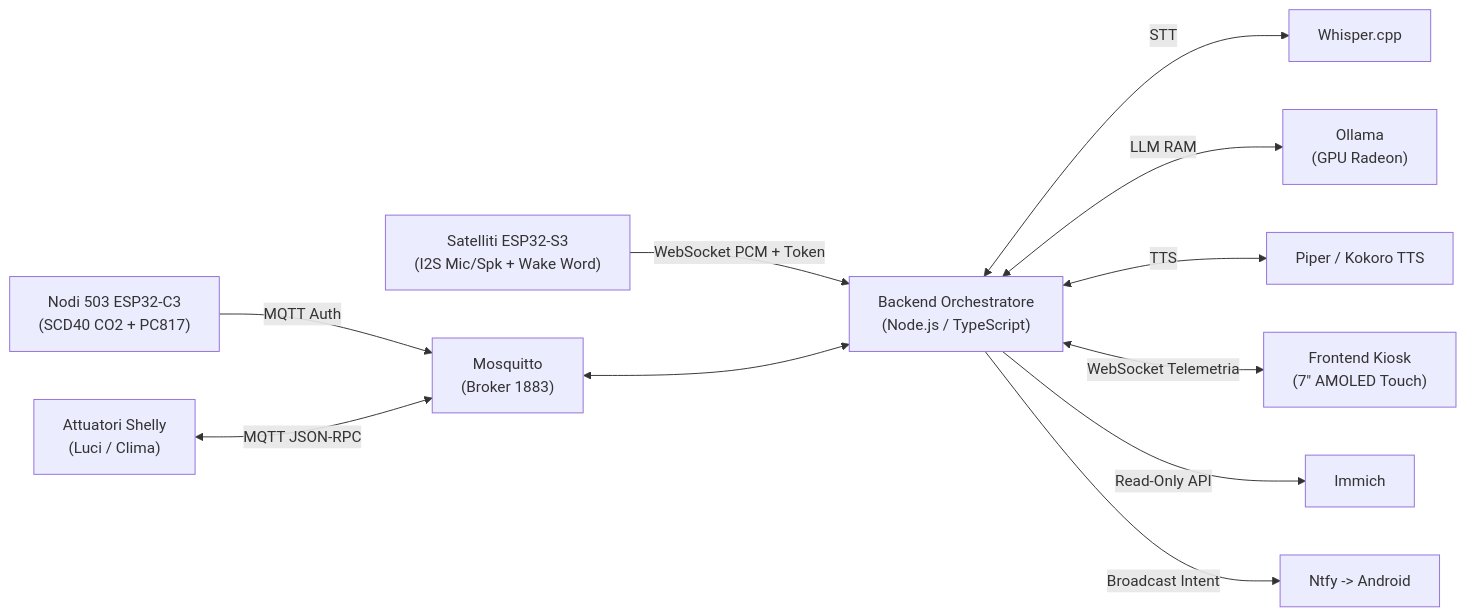
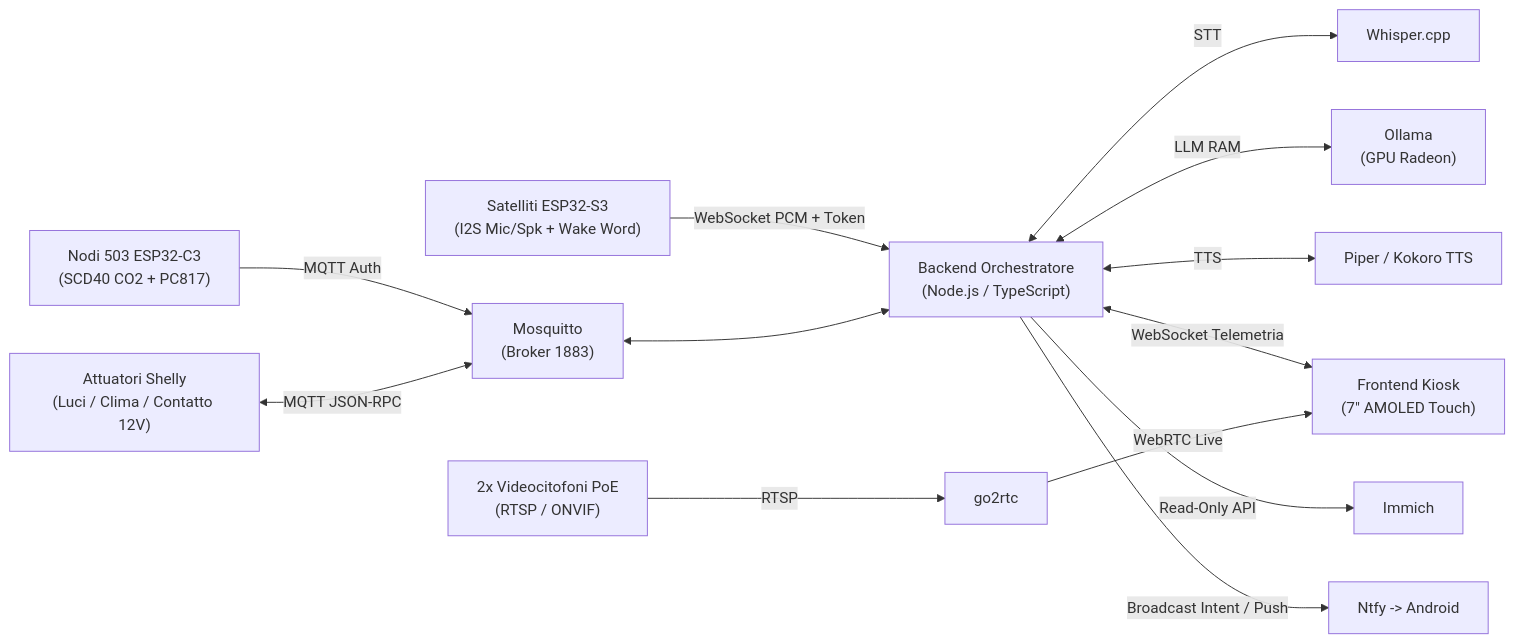
One commit to LuigiCervellera/vexis-smart-home changed the diagram in README.md. Above: the diagram before and after it, drawn with Mermaid. The commit also changed other lines of this file, not shown here.

````diff
--- a/README.md
+++ b/README.md
@@ -20,13 +69,15 @@
 ```mermaid
 flowchart LR
     ESP32S3["Satelliti ESP32-S3\n(I2S Mic/Spk + Wake Word)"] -->|WebSocket PCM + Token| BE["Backend Orchestratore\n(Node.js / TypeScript)"]
     ESP32C3["Nodi 503 ESP32-C3\n(SCD40 CO2 + PC817)"] -->|MQTT Auth| MQTT["Mosquitto\n(Broker 1883)"]
-    SHELLY["Attuatori Shelly\n(Luci / Clima)"] <-->|MQTT JSON-RPC| MQTT
+    SHELLY["Attuatori Shelly\n(Luci / Clima / Contatto 12V)"] <-->|MQTT JSON-RPC| MQTT
+    CAM["2x Videocitofoni PoE\n(RTSP / ONVIF)"] -->|RTSP| GO2RTC["go2rtc"]
     MQTT <--> BE
     BE <-->|STT| WHISPER["Whisper.cpp"]
     BE <-->|LLM RAM| OLLAMA["Ollama\n(GPU Radeon)"]
     BE <-->|TTS| PIPER["Piper / Kokoro TTS"]
     BE <-->|WebSocket Telemetria| KIOSK["Frontend Kiosk\n(7&quot; AMOLED Touch)"]
+    GO2RTC -->|WebRTC Live| KIOSK
     BE -->|Read-Only API| IMMICH["Immich"]
-    BE -->|Broadcast Intent| NTFY["Ntfy -> Android"]
+    BE -->|Broadcast Intent / Push| NTFY["Ntfy -> Android"]
 ```
````
